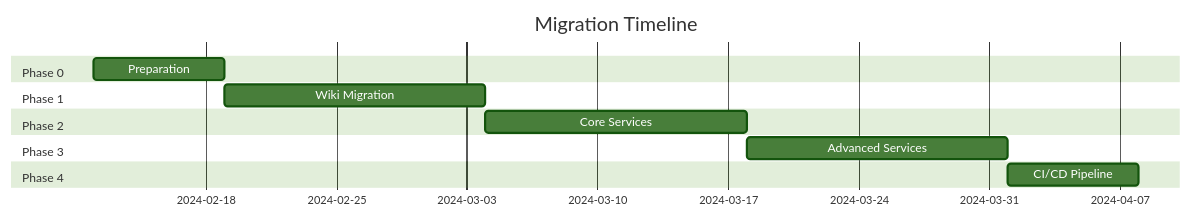
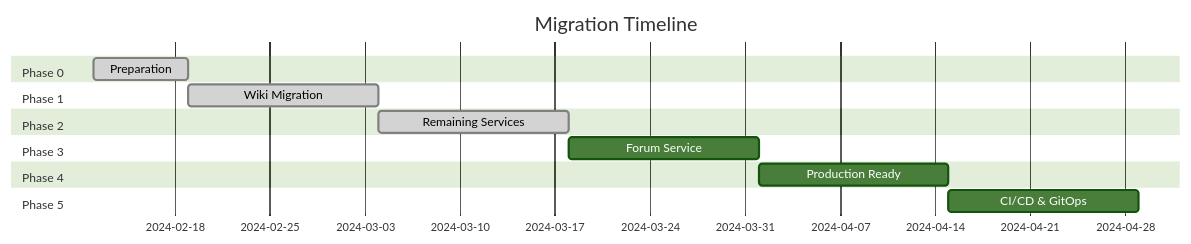
Before and after one commit to cybaxx/web-services-k8s: the diagram in docs/migration-strategy.md, drawn with Mermaid (forest theme). The commit also changed other lines of this file, not shown here.

First line of the commit message:
docs: update migration-strategy roadmap to reflect current progress

````diff
--- a/docs/migration-strategy.md
+++ b/docs/migration-strategy.md
@@ -456,15 +464,17 @@
 ```mermaid
 gantt
     title Migration Timeline
     dateFormat  YYYY-MM-DD
     section Phase 0
-    Preparation      :2024-02-12, 7d
+    Preparation          :done, 2024-02-12, 7d
     section Phase 1
-    Wiki Migration   :2024-02-19, 14d
+    Wiki Migration       :done, 2024-02-19, 14d
     section Phase 2
-    Core Services   :2024-03-04, 14d
+    Remaining Services   :done, 2024-03-04, 14d
     section Phase 3
-    Advanced Services:2024-03-18, 14d
+    Forum Service        :2024-03-18, 14d
     section Phase 4
-    CI/CD Pipeline  :2024-04-01, 7d
+    Production Ready     :2024-04-01, 14d
+    section Phase 5
+    CI/CD & GitOps       :2024-04-15, 14d
 ```
````
